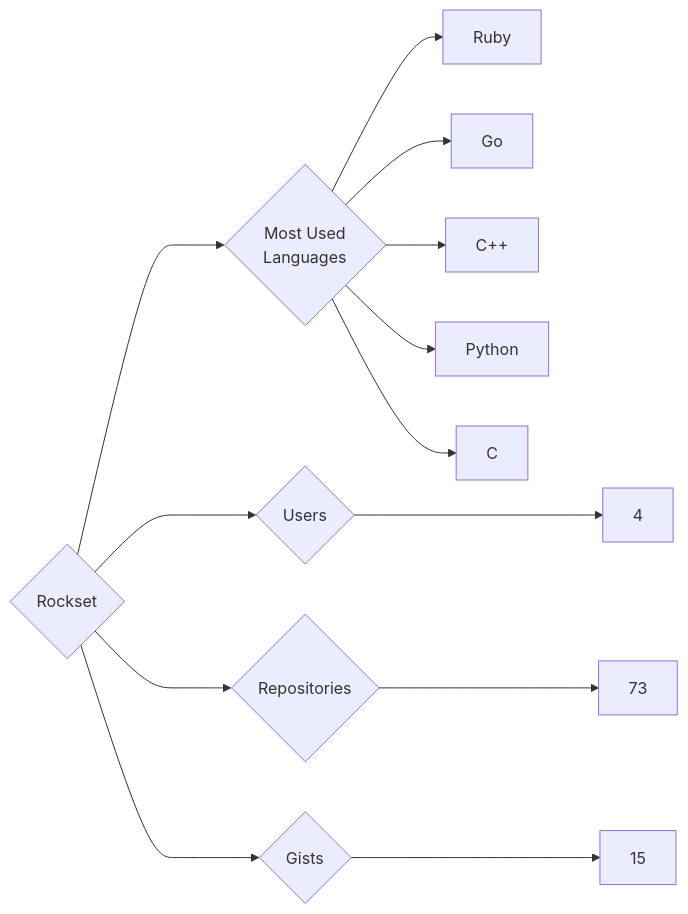
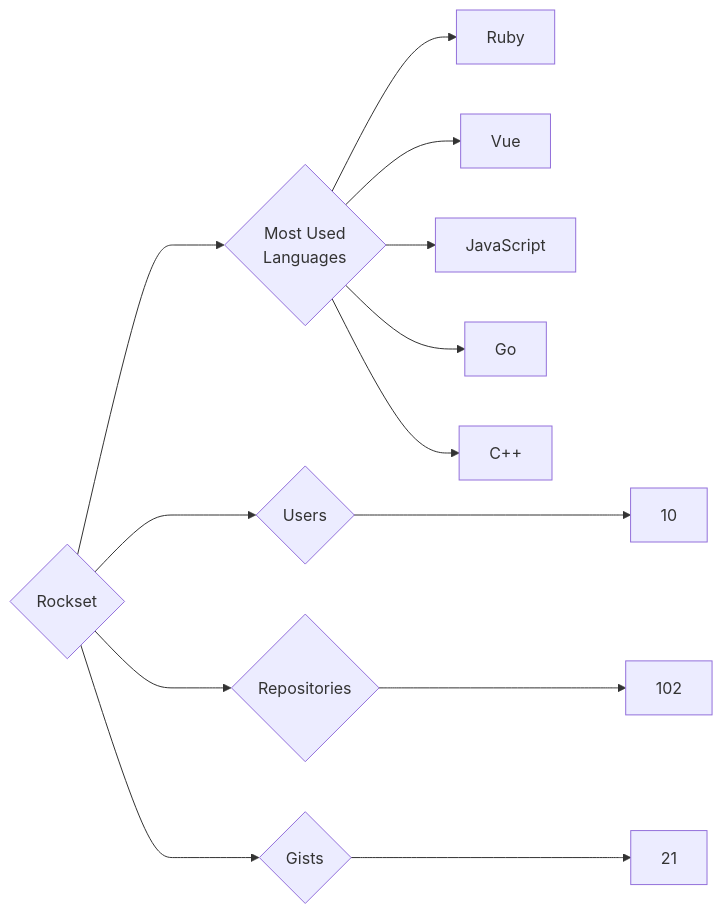
The diagram in targets/Rockset/README.md (trickest/insiders), drawn with Mermaid before and after one commit. The commit also changed 794 other files, not shown here.

````diff
--- a/targets/Rockset/README.md
+++ b/targets/Rockset/README.md
@@ -3,13 +3,13 @@
 ```mermaid
 graph LR
 COMPANY_NAME{Rockset}
-COMPANY_NAME ---> U{Users} ---> UN[4]
-COMPANY_NAME ---> R{Repositories} ---> RN[73]
-COMPANY_NAME ---> G{Gists} ---> GN[15]
+COMPANY_NAME ---> U{Users} ---> UN[10]
+COMPANY_NAME ---> R{Repositories} ---> RN[102]
+COMPANY_NAME ---> G{Gists} ---> GN[21]
 COMPANY_NAME ---> ML{Most Used<br>Languages}
 ML --> Ruby[Ruby]
+ML --> Vue[Vue]
+ML --> JavaScript[JavaScript]
 ML --> Go[Go]
 ML --> C++[C++]
-ML --> Python[Python]
-ML --> C[C]
 ```
````
